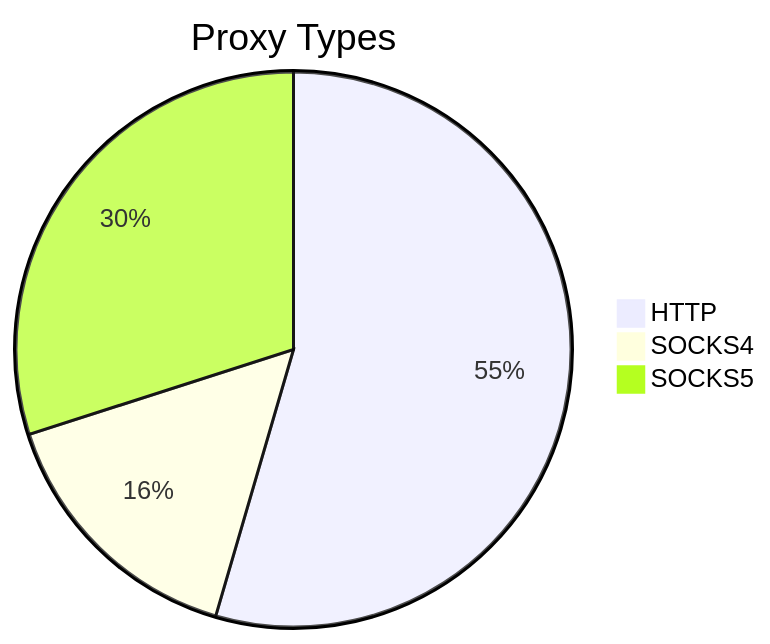
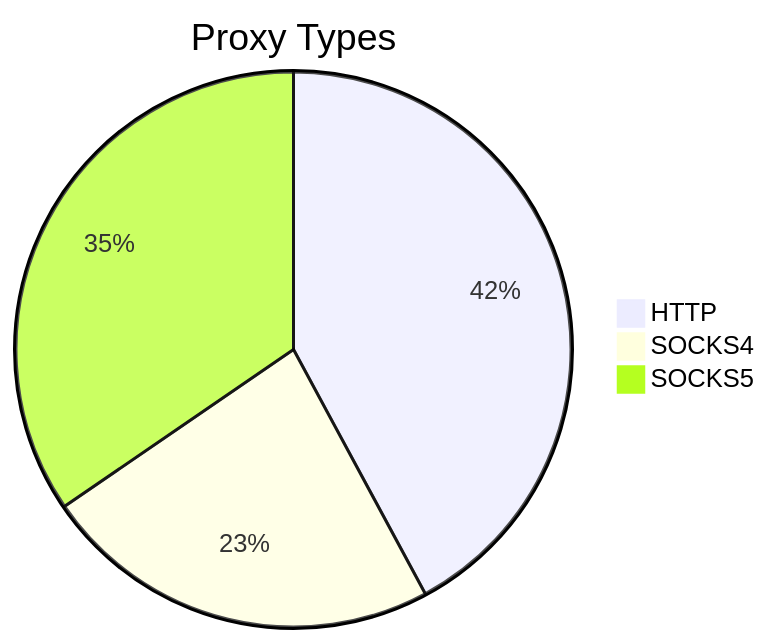
Before and after one commit to stormsia/proxy-list: the first of 2 diagrams in README.md, drawn with Mermaid. The commit also changed other lines of this file, not shown here.

````diff
--- a/README.md
+++ b/README.md
@@ -21,6 +21,6 @@
 ```mermaid
 pie title Proxy Types
-    "HTTP" : 193
-    "SOCKS4" : 55
-    "SOCKS5" : 106
+    "HTTP" : 206
+    "SOCKS4" : 114
+    "SOCKS5" : 169
 ```
````
